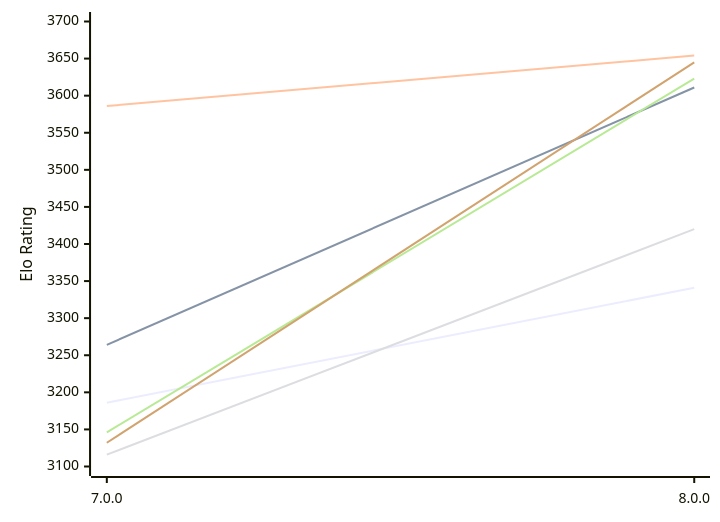
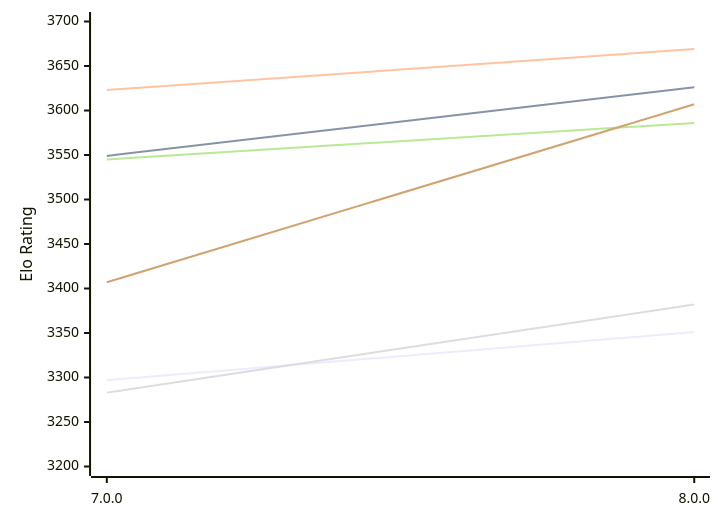
One commit to computer-chess-index/cci changed the first of 2 diagrams in engines/Stormphrax.md. Above: the diagram before and after it, drawn with Mermaid. The commit also changed other lines of this file, not shown here.

Commit message:
Update CCI Ratings (ELO VLTC) - 2026-11-14

````diff
--- a/engines/Stormphrax.md
+++ b/engines/Stormphrax.md
@@ -52,12 +52,12 @@
 ```mermaid
 %%{init: {"theme":"base","themeVariables":{"seriesColors:['#a3a3a3','#222221','#faa371']}}}%%
 xychart-beta
   x-axis ["7.0.0", "8.0.0"]
-  y-axis "Elo Rating" 3100 --> 3700
-  line "E1: STC (8.0+0.08s)" [3186, 3341]
-  line "E1: LTC (60.0+0.60s)" [3264, 3611]
-  line "E1: VLTC (2m24s+1.12s)" [3586, 3654]
-  line "P1: STC (8.0+0.08s)" [3116, 3420]
-  line "P1: LTC (60.0+0.60s)" [3146, 3623]
-  line "P1: VLTC (2m24s+1.12s)" [3132, 3645]
+  y-axis "Elo Rating" 3200 --> 3700
+  line "E1: STC (8.0+0.08s)" [3297, 3351]
+  line "E1: LTC (60.0+0.60s)" [3549, 3626]
+  line "E1: VLTC (2m24s+1.12s)" [3623, 3669]
+  line "P1: STC (8.0+0.08s)" [3283, 3382]
+  line "P1: LTC (60.0+0.60s)" [3545, 3586]
+  line "P1: VLTC (2m24s+1.12s)" [3407, 3607]
 ```
````
